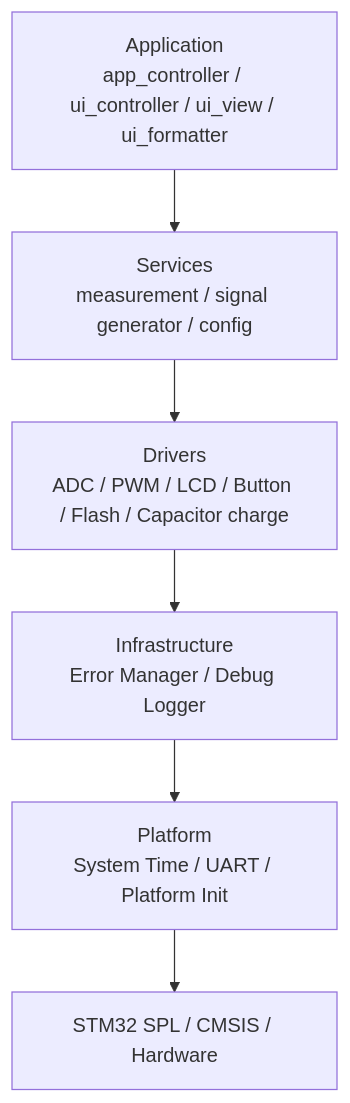
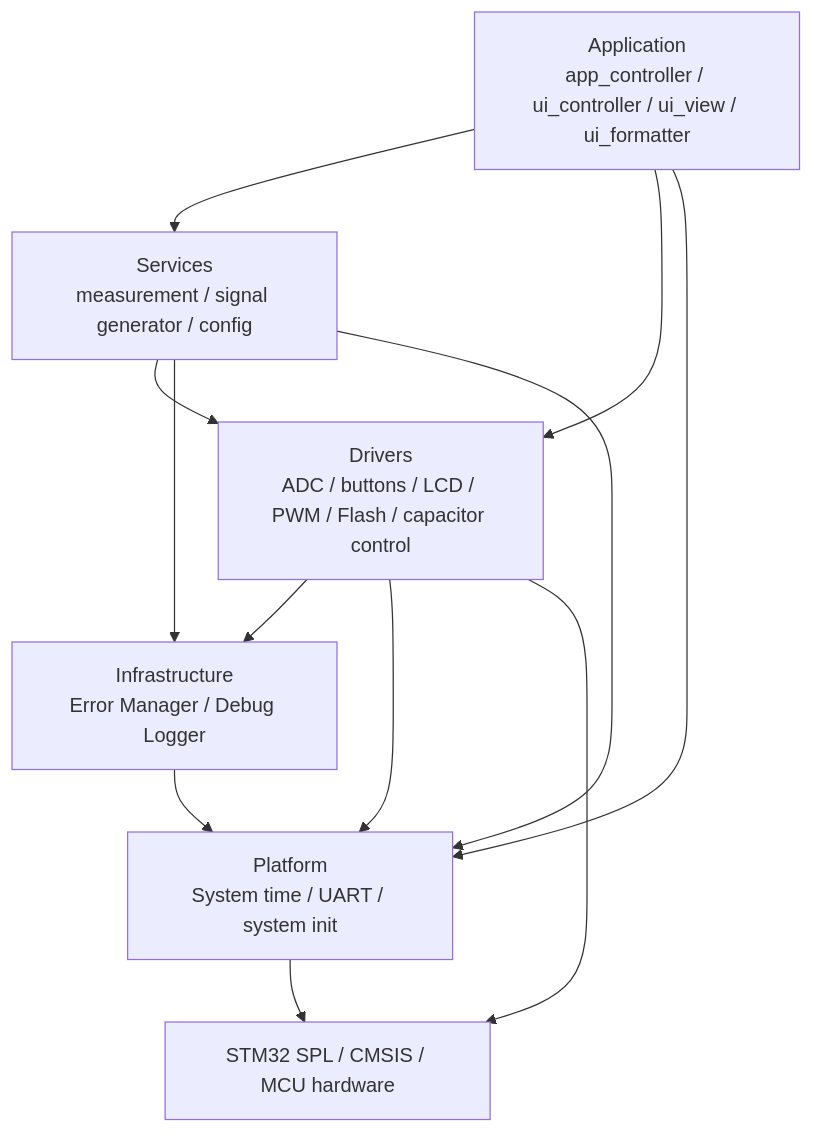
The second of 13 diagrams in README.md (haikevins/Multimeter_Project), drawn with Mermaid before and after one commit. The commit also changed other lines of this file, not shown here.

````diff
--- a/README.md
+++ b/README.md
@@ -143,15 +217,21 @@
 ```mermaid
 flowchart TB
-    APP[Application\napp_controller / ui_controller / ui_view / ui_formatter]
-    SVC[Services\nmeasurement / signal generator / config]
-    DRV[Drivers\nADC / PWM / LCD / Button / Flash / Capacitor charge]
-    INF[Infrastructure\nError Manager / Debug Logger]
-    PLT[Platform\nSystem Time / UART / Platform Init]
-    MCU[STM32 SPL / CMSIS / Hardware]
+    APP["Application\napp_controller / ui_controller / ui_view / ui_formatter"]
+    SVC["Services\nmeasurement / signal generator / config"]
+    DRV["Drivers\nADC / buttons / LCD / PWM / Flash / capacitor control"]
+    INF["Infrastructure\nError Manager / Debug Logger"]
+    PLT["Platform\nSystem time / UART / system init"]
+    VENDOR["STM32 SPL / CMSIS / MCU hardware"]
 
     APP --> SVC
+    APP --> DRV
     SVC --> DRV
     DRV --> INF
+    SVC --> INF
     INF --> PLT
-    PLT --> MCU
+    APP --> PLT
+    SVC --> PLT
+    DRV --> PLT
+    PLT --> VENDOR
+    DRV --> VENDOR
 ```
````
